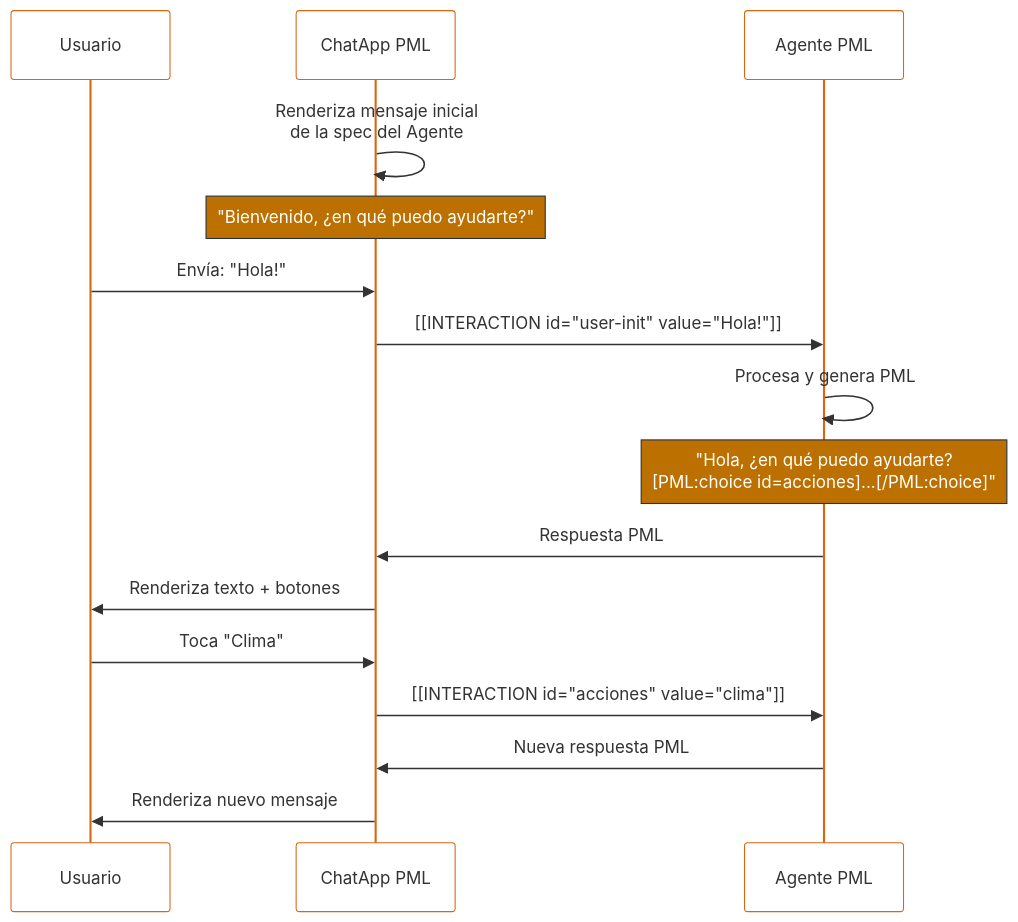
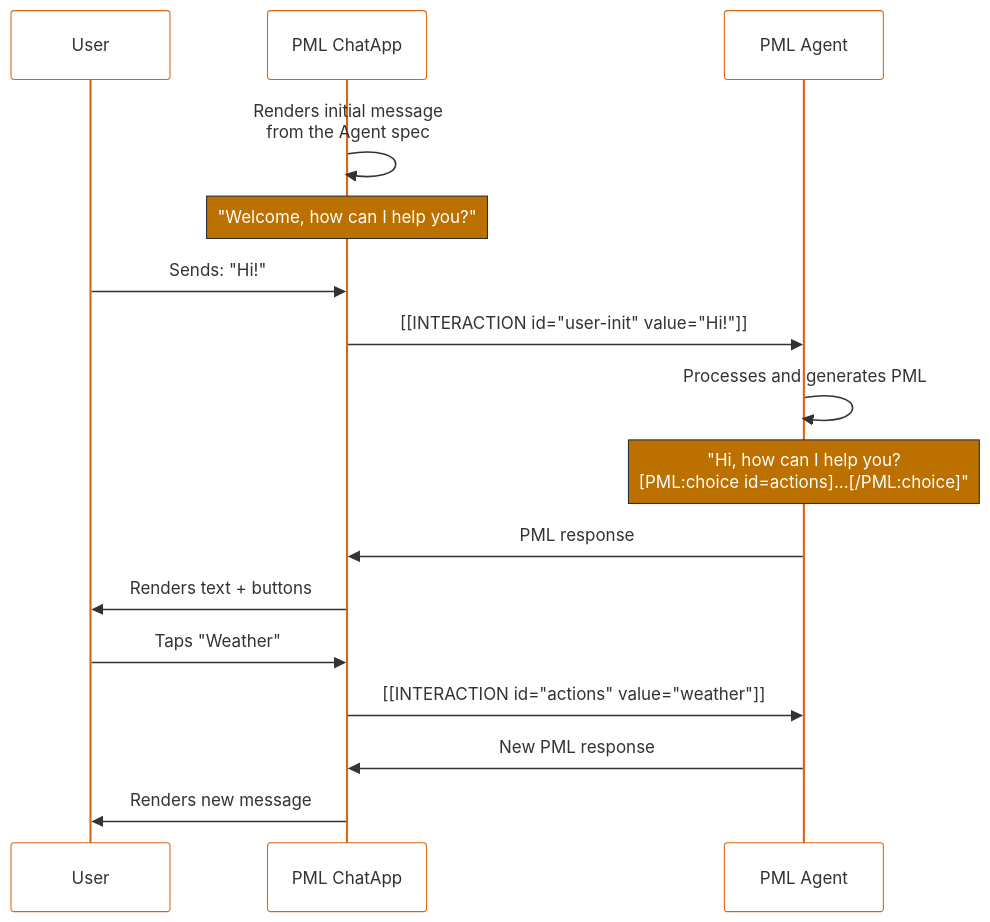
The diagram in README.md (pedro-aaron/PML), drawn with Mermaid before and after one commit. The commit also changed other lines of this file and 2 other files, not shown here.

````diff
--- a/README.md
+++ b/README.md
@@ -92,21 +93,21 @@
 ```mermaid
 %%{init: {'theme': 'base', 'themeVariables': {'labelBoxBkgColor': 'lightgrey', 'labelBoxBorderColor': '#000000', 'actorBorder': '#D86613', 'actorBkg': '#ffffff', 'activationBorderColor': '#232F3E', 'activationBkgColor': '#D86613', 'noteBkgColor': 'rgba(187, 112, 0, 1)','noteTextColor': '#ffffff', 'noteBorderColor': '#232F3E'}}}%%
 
 sequenceDiagram
-    participant User as Usuario
-    participant ChatApp as ChatApp PML
-    participant Agent as Agente PML
+    participant User as User
+    participant ChatApp as PML ChatApp
+    participant Agent as PML Agent
 
-    ChatApp->>ChatApp: Renderiza mensaje inicial<br />de la spec del Agente
-    note over ChatApp: "Bienvenido, ¿en qué puedo ayudarte?"
-    User->>ChatApp: Envía: "Hola!"
-    ChatApp->>Agent: [[INTERACTION id="user-init" value="Hola!"]]
-    Agent->>Agent: Procesa y genera PML
-    note over Agent: "Hola, ¿en qué puedo ayudarte?<br />[PML:choice id=acciones]...[/PML:choice]"
-    Agent->>ChatApp: Respuesta PML
-    ChatApp->>User: Renderiza texto + botones
-    User->>ChatApp: Toca "Clima"
-    ChatApp->>Agent: [[INTERACTION id="acciones" value="clima"]]
-    Agent->>ChatApp: Nueva respuesta PML
-    ChatApp->>User: Renderiza nuevo mensaje
+    ChatApp->>ChatApp: Renders initial message<br />from the Agent spec
+    note over ChatApp: "Welcome, how can I help you?"
+    User->>ChatApp: Sends: "Hi!"
+    ChatApp->>Agent: [[INTERACTION id="user-init" value="Hi!"]]
+    Agent->>Agent: Processes and generates PML
+    note over Agent: "Hi, how can I help you?<br />[PML:choice id=actions]...[/PML:choice]"
+    Agent->>ChatApp: PML response
+    ChatApp->>User: Renders text + buttons
+    User->>ChatApp: Taps "Weather"
+    ChatApp->>Agent: [[INTERACTION id="actions" value="weather"]]
+    Agent->>ChatApp: New PML response
+    ChatApp->>User: Renders new message
 ```
````
